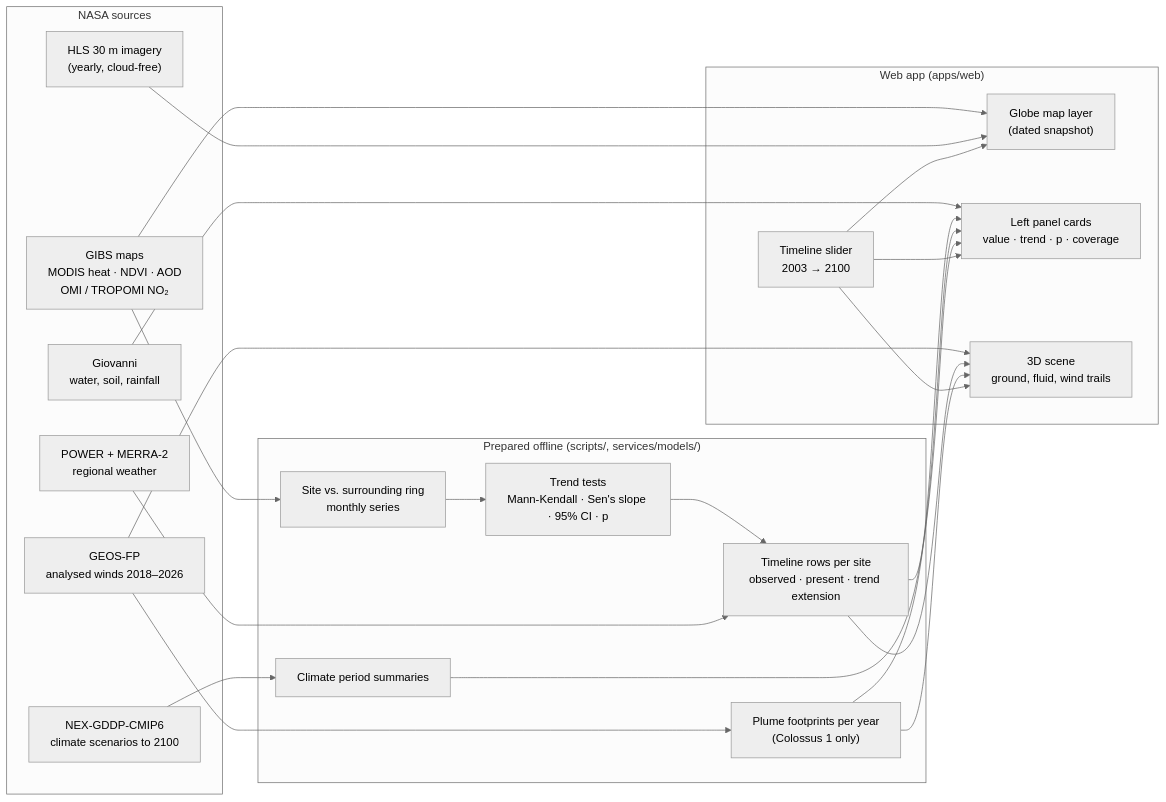
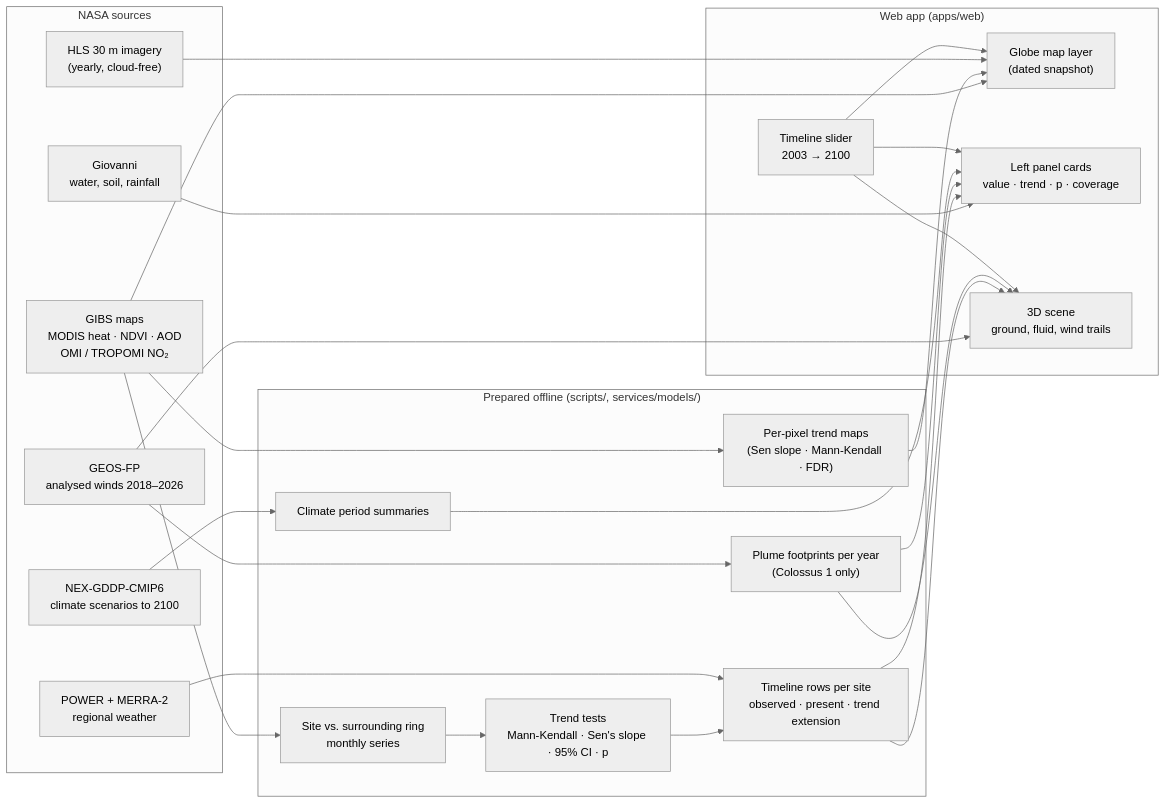
The diagram in docs/information-flow.md (Moustafa-FD/NasaSpaceHacks2026GoofyGoobers), drawn with Mermaid (neutral theme) before and after one commit. The commit also changed other lines of this file and 36 other files, not shown here.

First line of the commit message:
Project the globe maps for 2027-2035 from per-pixel NASA trends

````diff
--- a/docs/information-flow.md
+++ b/docs/information-flow.md
@@ -7,38 +7,40 @@
 ```mermaid
 flowchart LR
   subgraph Sources["NASA sources"]
     GIBS["GIBS maps<br/>MODIS heat · NDVI · AOD<br/>OMI / TROPOMI NO₂"]
     HLS["HLS 30 m imagery<br/>(yearly, cloud-free)"]
     POWER["POWER + MERRA-2<br/>regional weather"]
     GEOS["GEOS-FP<br/>analysed winds 2018–2026"]
     CMIP["NEX-GDDP-CMIP6<br/>climate scenarios to 2100"]
     GIO["Giovanni<br/>water, soil, rainfall"]
   end
   subgraph Prep["Prepared offline (scripts/, services/models/)"]
     SER["Site vs. surrounding ring<br/>monthly series"]
     STAT["Trend tests<br/>Mann-Kendall · Sen's slope · 95% CI · p"]
     TL["Timeline rows per site<br/>observed · present · trend extension"]
     PL["Plume footprints per year<br/>(Colossus 1 only)"]
     PR["Climate period summaries"]
+    TM["Per-pixel trend maps<br/>(Sen slope · Mann-Kendall · FDR)"]
   end
   subgraph Screen["Web app (apps/web)"]
     MAP["Globe map layer<br/>(dated snapshot)"]
     PANEL["Left panel cards<br/>value · trend · p · coverage"]
     SCENE["3D scene<br/>ground, fluid, wind trails"]
     SLIDER["Timeline slider<br/>2003 → 2100"]
   end
   GIBS --> SER --> STAT --> TL
   POWER --> TL
   GEOS --> PL
   GEOS --> SCENE
   CMIP --> PR
   GIO --> PANEL
   GIBS --> MAP
+  GIBS --> TM --> MAP
   HLS --> MAP
   TL --> PANEL
   TL --> SCENE
   PL --> SCENE
   PL --> PANEL
   PR --> PANEL
   SLIDER --> MAP & PANEL & SCENE
 ```
````
